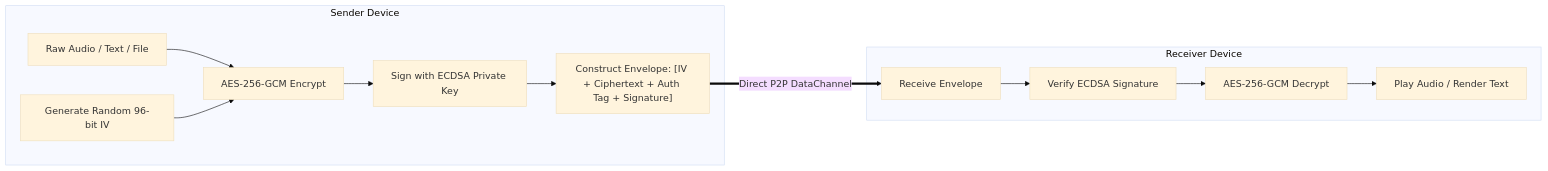
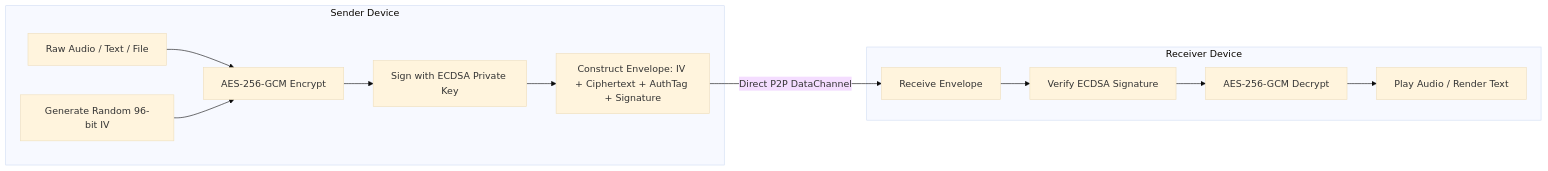
The third of 4 diagrams in README.md (Ghost-101-ui/campus-walkie), drawn with Mermaid (base theme) before and after one commit. The commit also changed other lines of this file, not shown here.

Commit message:
Fix Mermaid diagram syntax for GitHub rendering

````diff
--- a/README.md
+++ b/README.md
@@ -97,26 +94,26 @@
 ```mermaid
 flowchart LR
     subgraph Sender ["Sender Device"]
         RawData["Raw Audio / Text / File"]
         IVGen["Generate Random 96-bit IV"]
         AESEncrypt["AES-256-GCM Encrypt"]
         ECDSASign["Sign with ECDSA Private Key"]
-        Packet["Construct Envelope: [IV + Ciphertext + Auth Tag + Signature]"]
+        Packet["Construct Envelope: IV + Ciphertext + AuthTag + Signature"]
     end
 
     subgraph Receiver ["Receiver Device"]
         ReceivePacket["Receive Envelope"]
         ECDSAVerify["Verify ECDSA Signature"]
         AESDecrypt["AES-256-GCM Decrypt"]
         Output["Play Audio / Render Text"]
     end
 
     RawData --> AESEncrypt
     IVGen --> AESEncrypt
     AESEncrypt --> ECDSASign
     ECDSASign --> Packet
-    Packet ==>|"Direct P2P DataChannel"| ReceivePacket
+    Packet -->|"Direct P2P DataChannel"| ReceivePacket
     ReceivePacket --> ECDSAVerify
     ECDSAVerify --> AESDecrypt
     AESDecrypt --> Output
 ```
````
